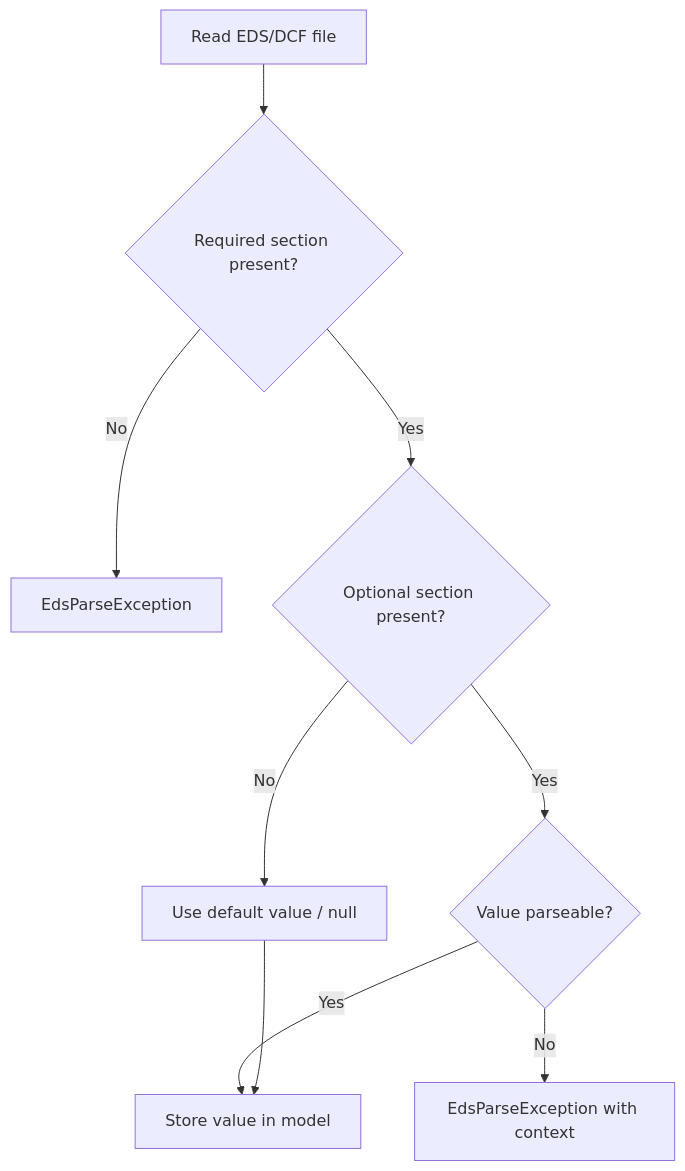
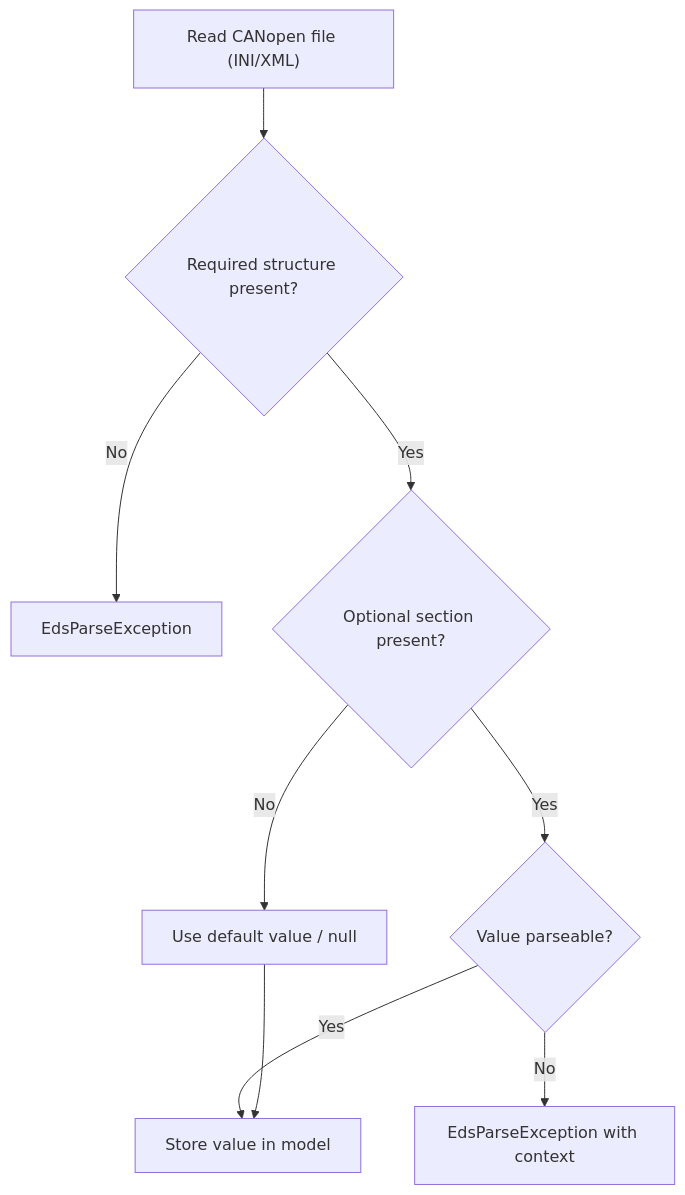
The first of 5 diagrams in docs/architecture/08-crosscutting-concepts.md (dborgards/eds-dcf-net), drawn with Mermaid before and after one commit. The commit also changed other lines of this file and 14 other files, not shown here.

Commit message:
docs: align readme and architecture with current format support (#65)

````diff
--- a/docs/architecture/08-crosscutting-concepts.md
+++ b/docs/architecture/08-crosscutting-concepts.md
@@ -21,11 +22,11 @@
 ```mermaid
 flowchart TD
-    A["Read EDS/DCF file"] --> B{Required section present?}
+    A["Read CANopen file (INI/XML)"] --> B{Required structure present?}
     B -->|No| C["EdsParseException"]
     B -->|Yes| D{Optional section present?}
     D -->|No| E["Use default value / null"]
     D -->|Yes| F{Value parseable?}
     F -->|No| G["EdsParseException with context"]
     F -->|Yes| H["Store value in model"]
     E --> H
 ```
````
